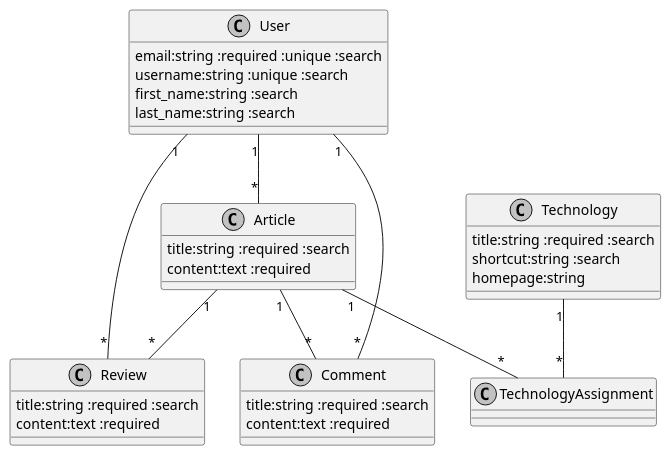
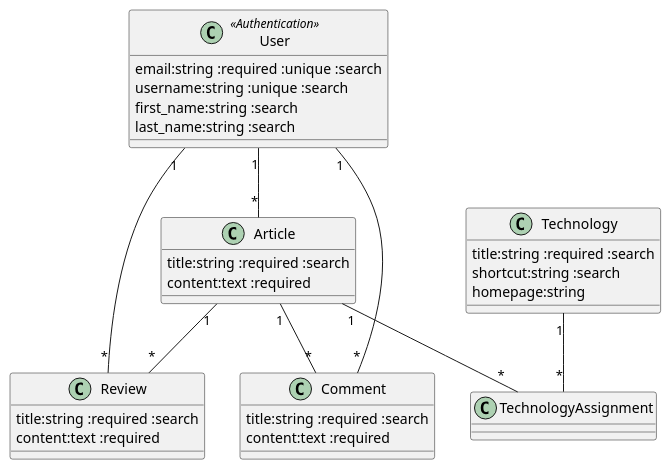
Before and after one commit to jrcech/blogger: the diagram in docs/model.md, drawn with PlantUML. The commit also changed 4 other files, not shown here.

````diff
--- a/docs/model.md
+++ b/docs/model.md
@@ -3,46 +3,43 @@
 ```plantuml
 @startuml
 
-skinparam monochrome true
-skinparam shadowing false
-
-class User {
+class User <<Authentication>> {
   email:string :required :unique :search
   username:string :unique :search
   first_name:string :search
   last_name:string :search
 }
 
 class Article {
   title:string :required :search
   content:text :required
 }
 
 class Technology {
   title:string :required :search
   shortcut:string :search
   homepage:string
 }
 
 class Comment {
   title:string :required :search
   content:text :required
 }
 
 class Review {
   title:string :required :search
   content:text :required
 }
 
 User "1" -- "*" Article
 User "1" -- "*" Review
 User "1" -- "*" Comment
 
 Article "1" -- "*" Review
 Article "1" -- "*" Comment
 
 Article "1" -- "*" TechnologyAssignment
 Technology "1" -- "*" TechnologyAssignment
 
 @enduml
 ```
````
